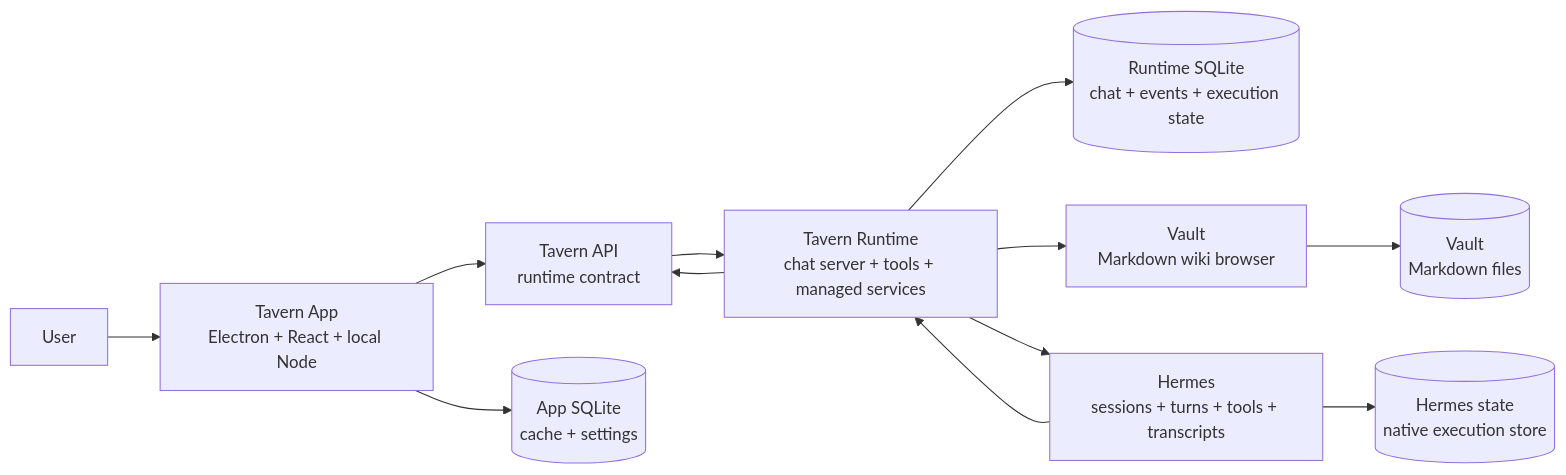
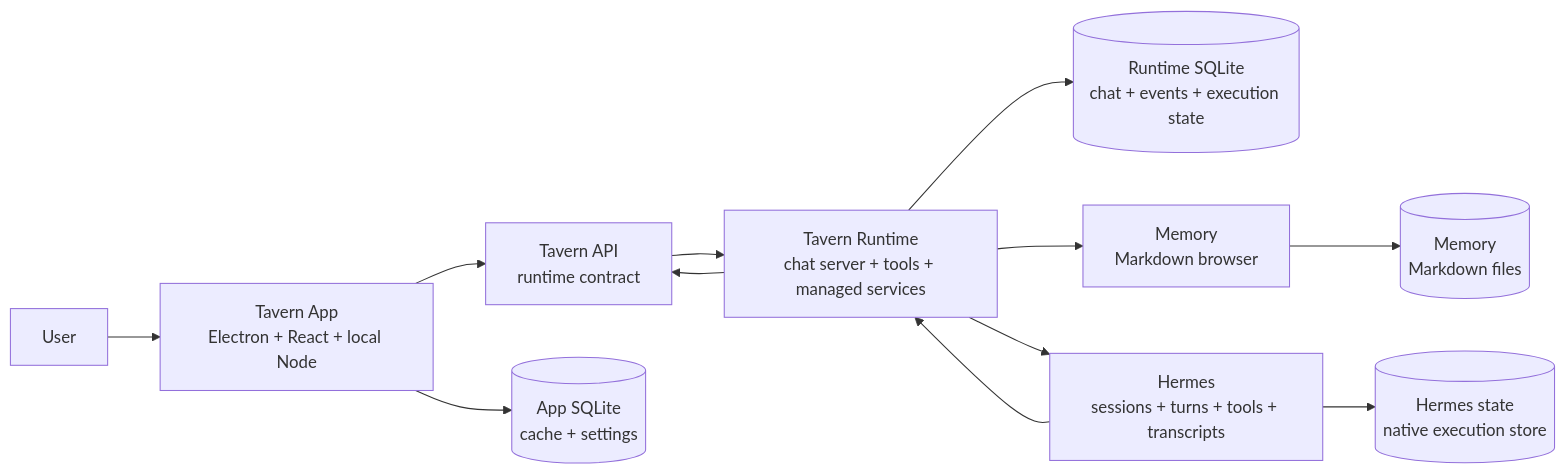
Before and after one commit to zknicker/tavern: the diagram in docs/internals/architecture-overview.md, drawn with Mermaid. The commit also changed other lines of this file and 111 other files, not shown here.

Commit message:
feat(runtime): unify memory workspace surfaces

````diff
--- a/docs/internals/architecture-overview.md
+++ b/docs/internals/architecture-overview.md
@@ -15,25 +15,25 @@
 ```mermaid
 flowchart LR
     user[User]
     app[Tavern App<br/>Electron + React + local Node]
     api[Tavern API<br/>runtime contract]
     appdb[(App SQLite<br/>cache + settings)]
     runtime[Tavern Runtime<br/>chat server + tools + managed services]
     runtimedb[(Runtime SQLite<br/>chat + events + execution state)]
-    vault[Vault<br/>Markdown wiki browser]
-    vaultwiki[(Vault<br/>Markdown files)]
+    memory[Memory<br/>Markdown browser]
+    memoryfiles[(Memory<br/>Markdown files)]
     hermes[Hermes<br/>sessions + turns + tools + transcripts]
     hermesstate[(Hermes state<br/>native execution store)]
 
     user --> app
     app --> api
     api --> runtime
     app --> appdb
     runtime --> runtimedb
-    runtime --> vault
-    vault --> vaultwiki
+    runtime --> memory
+    memory --> memoryfiles
     runtime --> hermes
     hermes --> hermesstate
     hermes --> runtime
     runtime --> api
 ```
````
